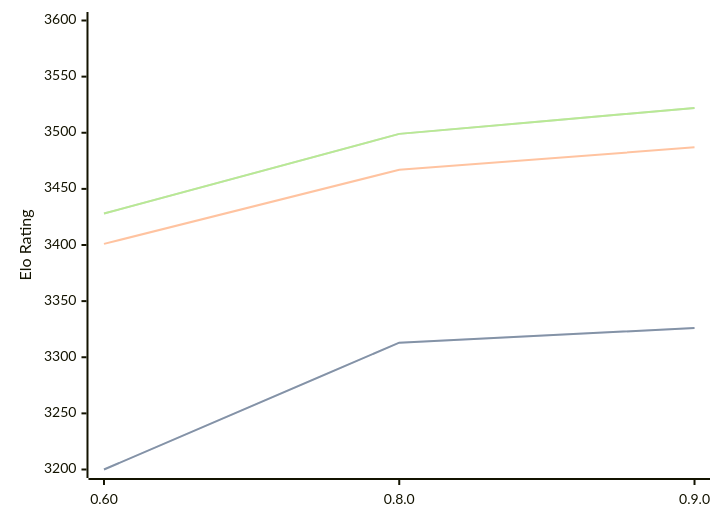
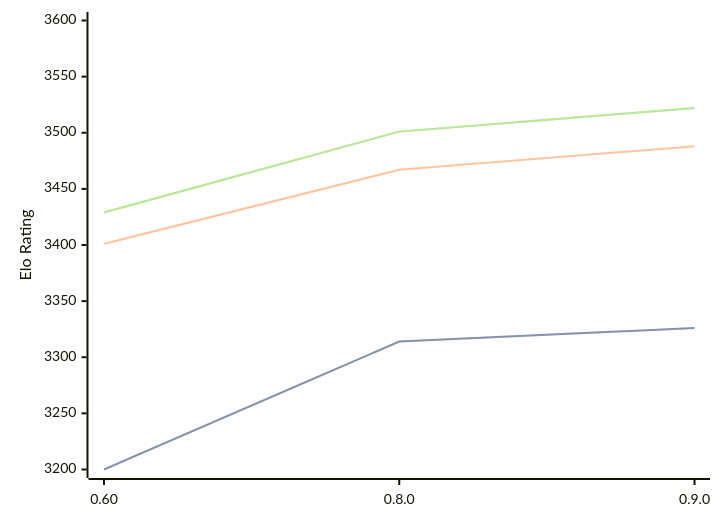
One commit to computer-chess-index/cci changed the diagram in engines/Motor.md. Above: the diagram before and after it, drawn with Mermaid. The commit also changed other lines of this file, not shown here.

Commit message:
Update CCI Ratings (ELO VLTC) - 2026-07-31

````diff
--- a/engines/Motor.md
+++ b/engines/Motor.md
@@ -39,11 +39,11 @@
 ```mermaid
 %%{init: {"theme":"base","themeVariables":{"seriesColors:['#a3a3a3','#222221','#faa371']}}}%%
 xychart-beta
   x-axis ["0.60", "0.8.0", "0.9.0"]
   y-axis "Elo Rating" 3200 --> 3600
-  line "STC (8.0+0.08s)" [3200, 3313, 3326]
-  line "STC (8.0+0.08s)" [3200, 3313, 3326]
-  line "LTC (60.0+0.60s)" [3401, 3467, 3487]
-  line "VLTC (2m24s+1.12s)" [3428, 3499, 3522]
-  line "VLTC (2m24s+1.12s)" [3428, 3499, 3522]
+  line "STC (8.0+0.08s)" [3200, 3314, 3326]
+  line "STC (8.0+0.08s)" [3200, 3314, 3326]
+  line "LTC (60.0+0.60s)" [3401, 3467, 3488]
+  line "VLTC (2m24s+1.12s)" [3429, 3501, 3522]
+  line "VLTC (2m24s+1.12s)" [3429, 3501, 3522]
 ```
````
